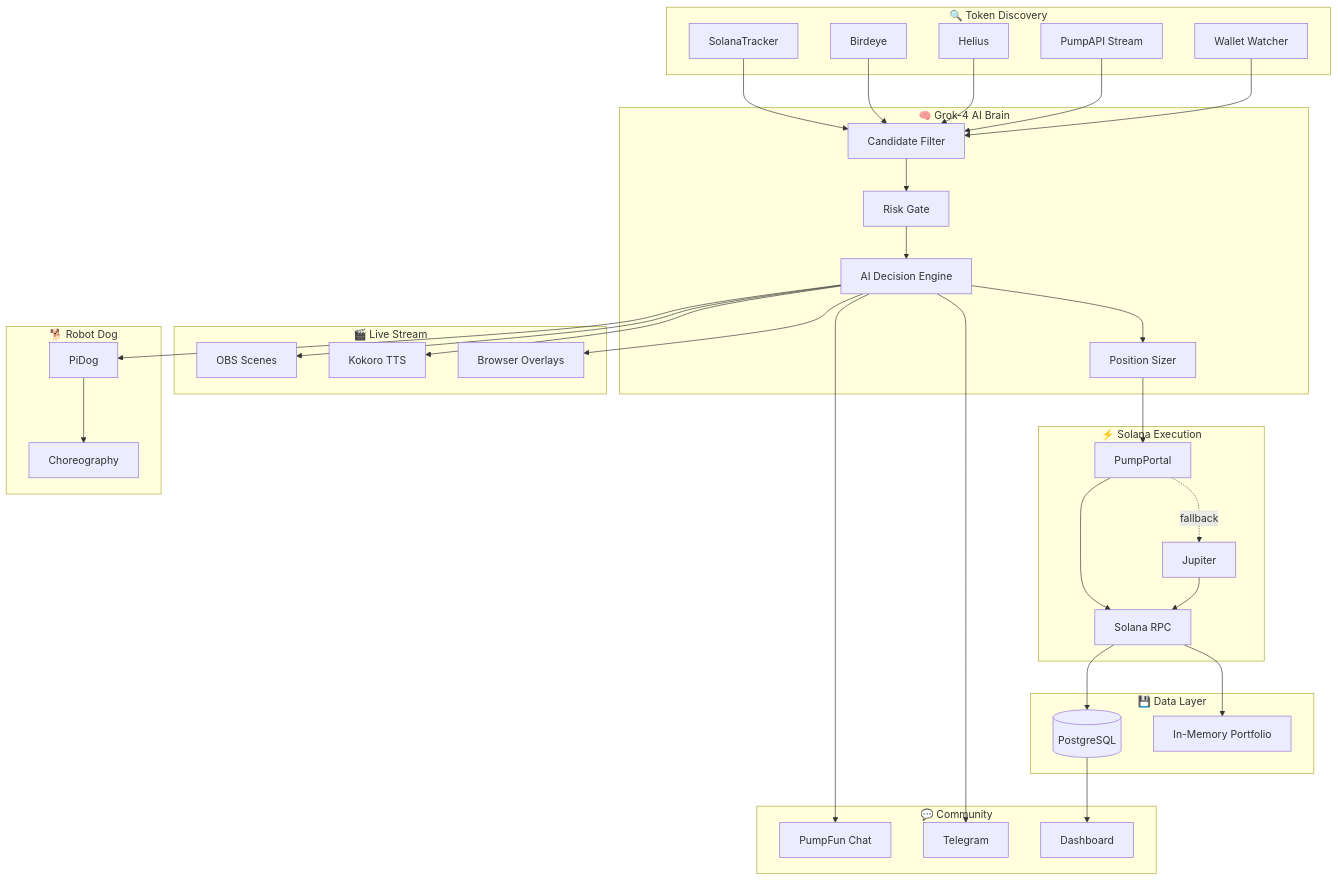
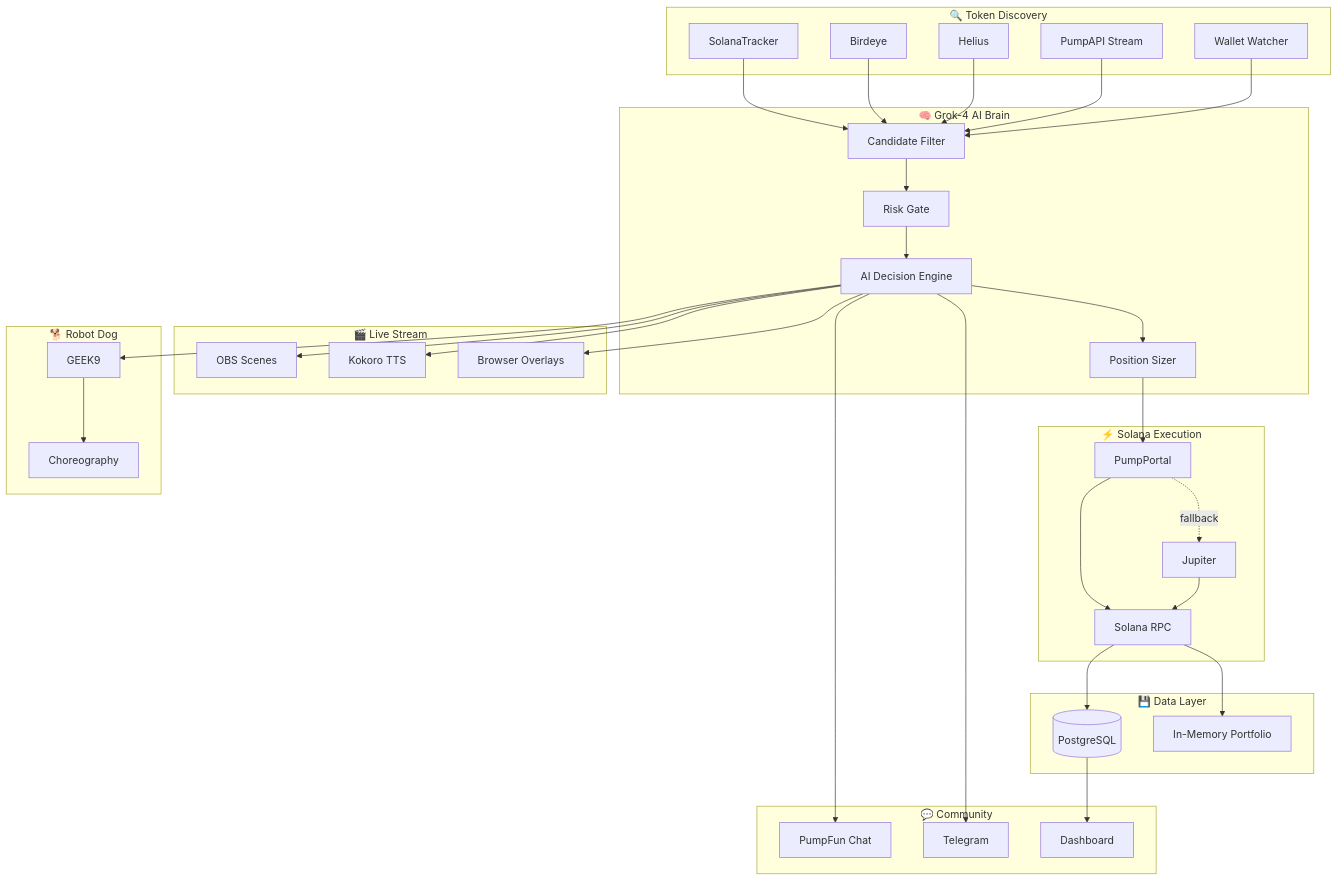
Before and after one commit to Geek9Robot/grok-pidog-project: the first of 5 diagrams in README.md, drawn with Mermaid. The commit also changed other lines of this file, not shown here.

````diff
--- a/README.md
+++ b/README.md
@@ -38,57 +38,57 @@
 ```mermaid
 graph TB
     subgraph Discovery["🔍 Token Discovery"]
         ST[SolanaTracker]
         BE[Birdeye]
         HL[Helius]
         PA[PumpAPI Stream]
         WW[Wallet Watcher]
     end
 
     subgraph Brain["🧠 Grok-4 AI Brain"]
         CF[Candidate Filter]
         RG[Risk Gate]
         AI[AI Decision Engine]
         PS[Position Sizer]
     end
 
     subgraph Execution["⚡ Solana Execution"]
         PP[PumpPortal]
         JU[Jupiter]
         RPC[Solana RPC]
     end
 
     subgraph Show["🎬 Live Stream"]
         OBS[OBS Scenes]
         TTS[Kokoro TTS]
         OV[Browser Overlays]
     end
 
     subgraph Robot["🐕 Robot Dog"]
-        PD[PiDog]
+        PD[GEEK9]
         CH[Choreography]
     end
 
     subgraph Community["💬 Community"]
         PC[PumpFun Chat]
         TG[Telegram]
         DB[Dashboard]
     end
 
     subgraph Data["💾 Data Layer"]
         PG[(PostgreSQL)]
         MEM[In-Memory Portfolio]
     end
 
     ST & BE & HL & PA & WW --> CF
     CF --> RG --> AI
     AI --> PS --> PP
     PP -. fallback .-> JU
     PP & JU --> RPC
 
     AI --> OBS & TTS & OV
     AI --> PD --> CH
     AI --> PC & TG
     RPC --> PG & MEM
     PG --> DB
 ```
````
